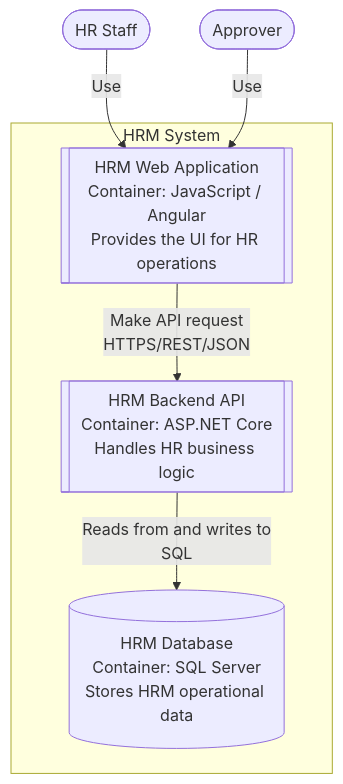
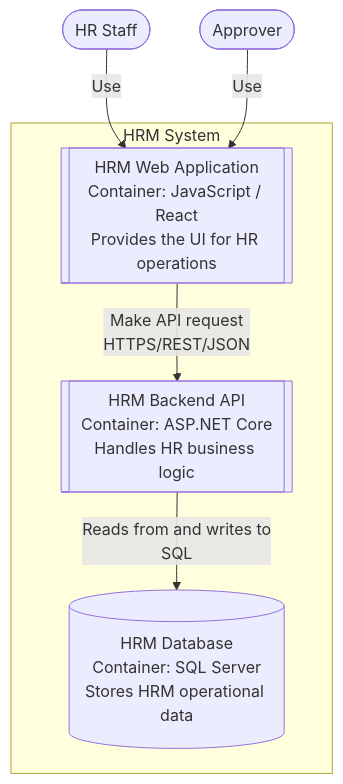
One commit to sang2197/QuanLyNhanSu-NguyenVanSang changed the second of 4 diagrams in Docs/c4/README.md. Above: the diagram before and after it, drawn with Mermaid. The commit also changed other lines of this file and 11 other files, not shown here.

````diff
--- a/Docs/c4/README.md
+++ b/Docs/c4/README.md
@@ -31,16 +31,16 @@
 ```mermaid
 flowchart TB
     HR([HR Staff])
     APR([Approver])
 
     subgraph HRM["HRM System"]
-        WEB[["HRM Web Application<br/>Container: JavaScript / Angular<br/>Provides the UI for HR operations"]]
+        WEB[["HRM Web Application<br/>Container: JavaScript / React<br/>Provides the UI for HR operations"]]
         API[["HRM Backend API<br/>Container: ASP.NET Core<br/>Handles HR business logic"]]
         DB[("HRM Database<br/>Container: SQL Server<br/>Stores HRM operational data")]
     end
 
     HR -->|Use| WEB
     APR -->|Use| WEB
     WEB -->|Make API request<br/>HTTPS/REST/JSON| API
     API -->|Reads from and writes to<br/>SQL| DB
 ```
````
